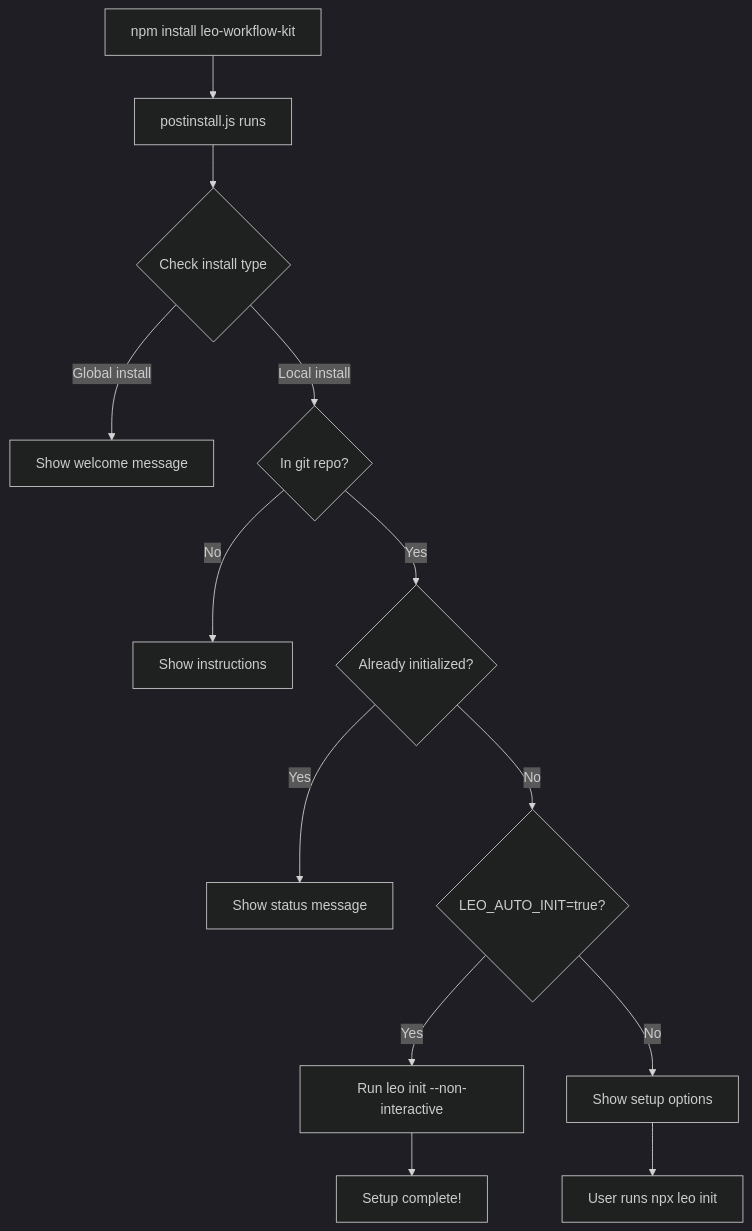
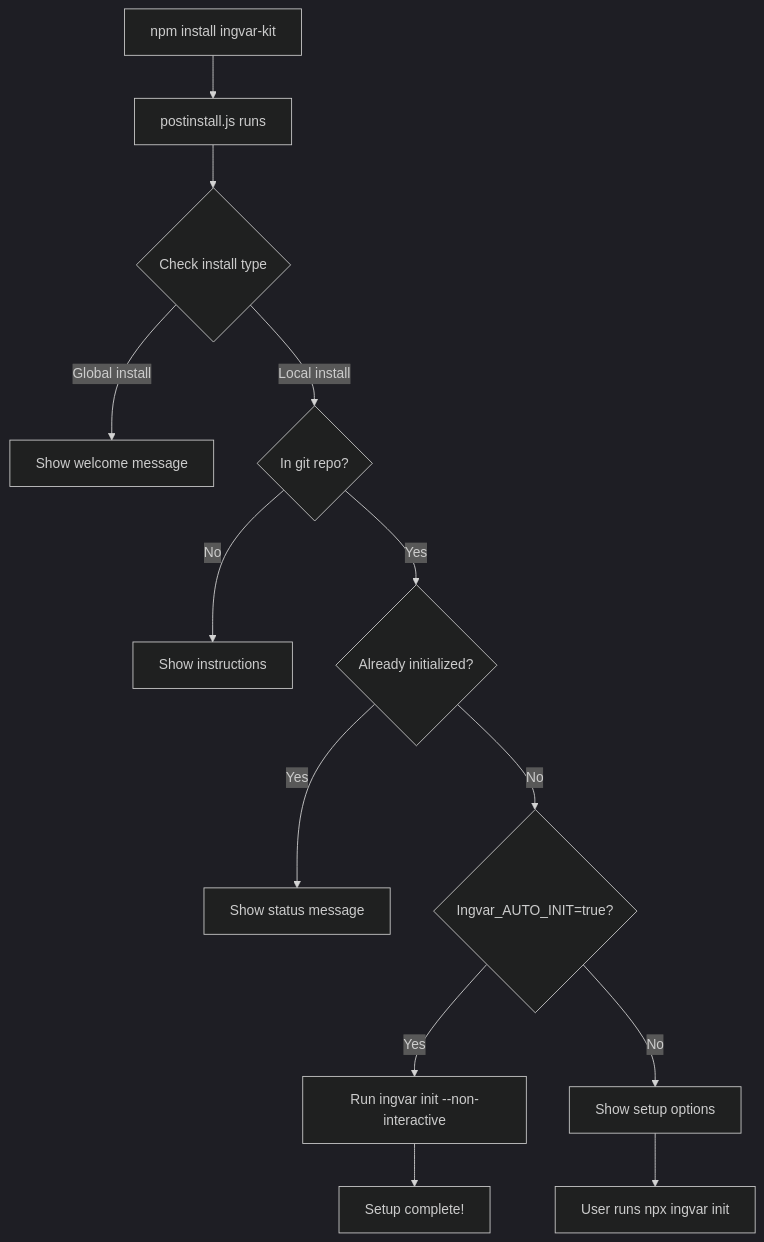
One commit to leopagotto/ingvar-kit changed the diagram in docs/guides/AUTO_INITIALIZATION.md. Above: the diagram before and after it, drawn with Mermaid (dark theme). The commit also changed other lines of this file and 701 other files, not shown here.

````diff
--- a/docs/guides/AUTO_INITIALIZATION.md
+++ b/docs/guides/AUTO_INITIALIZATION.md
@@ -50,15 +50,15 @@
 ```mermaid
 graph TB
-    A[npm install leo-workflow-kit] --> B[postinstall.js runs]
+    A[npm install ingvar-kit] --> B[postinstall.js runs]
     B --> C{Check install type}
     C -->|Global install| D[Show welcome message]
     C -->|Local install| E{In git repo?}
     E -->|No| F[Show instructions]
     E -->|Yes| G{Already initialized?}
     G -->|Yes| H[Show status message]
-    G -->|No| I{LEO_AUTO_INIT=true?}
-    I -->|Yes| J[Run leo init --non-interactive]
+    G -->|No| I{Ingvar_AUTO_INIT=true?}
+    I -->|Yes| J[Run ingvar init --non-interactive]
     I -->|No| K[Show setup options]
     J --> L[Setup complete!]
-    K --> M[User runs npx leo init]
+    K --> M[User runs npx ingvar init]
 ```
````
